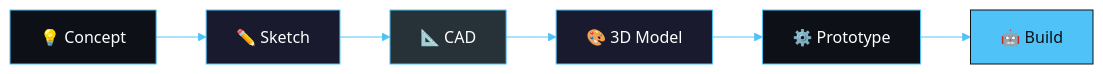
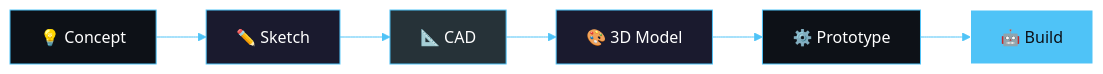
The second of 3 diagrams in readme.md (nasblor/nasblor), drawn with Mermaid before and after one commit. The commit also changed other lines of this file, not shown here.

````diff
--- a/readme.md
+++ b/readme.md
@@ -83,11 +64,11 @@
 ```mermaid
 %%{init: {'theme': 'base', 'themeVariables': { 'primaryColor': '#1a1a2e', 'primaryTextColor': '#fff', 'lineColor': '#4FC3F7'}}}%%
 flowchart LR
     A[💡 Concept] --> B[✏️ Sketch] --> C[📐 CAD] --> D[🎨 3D Model] --> E[⚙️ Prototype] --> F[🤖 Build]
     style A fill:#0D1117,stroke:#4FC3F7,color:#fff
     style B fill:#1a1a2e,stroke:#4FC3F7,color:#fff
     style C fill:#263238,stroke:#4FC3F7,color:#fff
     style D fill:#1a1a2e,stroke:#4FC3F7,color:#fff
     style E fill:#0D1117,stroke:#4FC3F7,color:#fff
-    style F fill:#4FC3F7,stroke:#0D1117,color:#0D1117
+    style F fill:#4FC3F7,stroke:#fff,color:#0D1117
 ```
````
